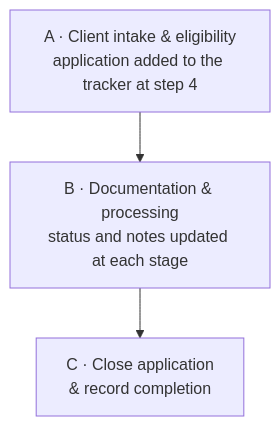
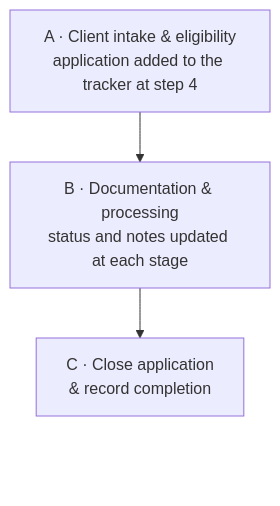
One commit to CamilaNacli/mortgage-financing-operations changed the diagram in README.md. Above: the diagram before and after it, drawn with Mermaid.

Commit message:
Keep diagram clear of GitHub zoom controls

````diff
--- a/README.md
+++ b/README.md
@@ -25,4 +25,6 @@
 ```mermaid
 flowchart TB
     A["A · Client intake & eligibility<br/>application added to the tracker at step 4"] --> B["B · Documentation & processing<br/>status and notes updated at each stage"] --> C["C · Close application<br/>& record completion"]
+    C ~~~ PAD[" "]
+    style PAD fill:none,stroke:none
 ```
````
